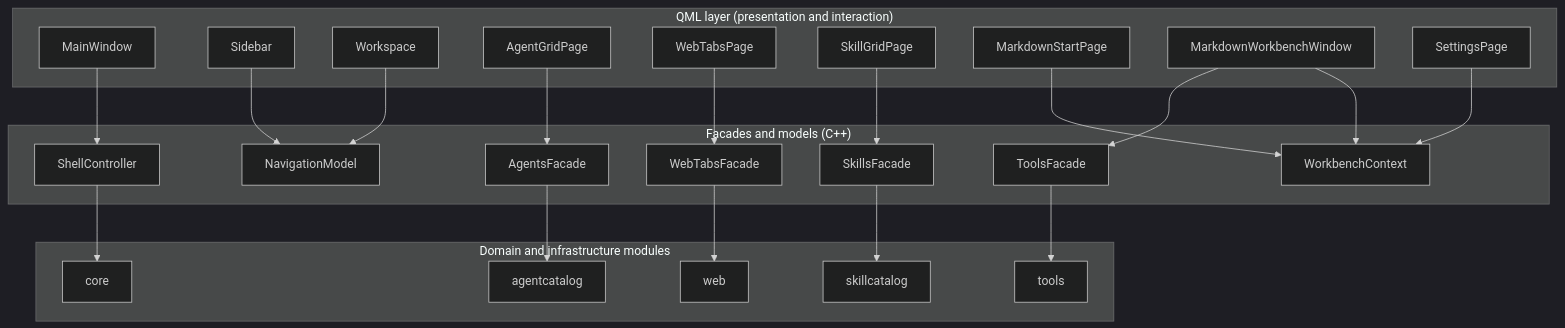
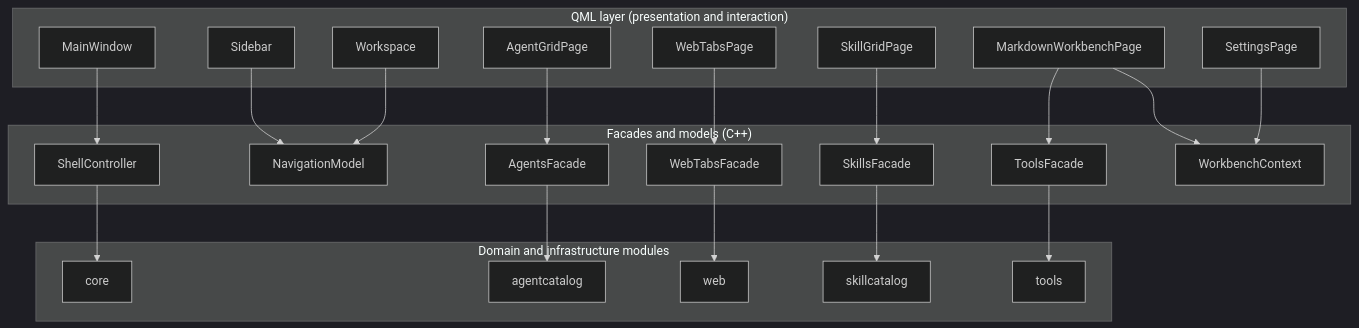
One commit to czyt1988/AgentWorkbench changed the first of 2 diagrams in docs/architecture/frontend-design.md. Above: the diagram before and after it, drawn with Mermaid (dark theme). The commit also changed other lines of this file and 31 other files, not shown here.

First line of the commit message:
docs: the workbench as a page - Agent Tools group, right panel, ribbon fix

````diff
--- a/docs/architecture/frontend-design.md
+++ b/docs/architecture/frontend-design.md
@@ -13,45 +13,43 @@
 ```mermaid
 flowchart TB
     subgraph qml["QML layer (presentation and interaction)"]
         MainWindow
         Sidebar
         Workspace
         AgentGridPage
         WebTabsPage
         SkillGridPage
-        MarkdownStartPage
-        MarkdownWorkbenchWindow
+        MarkdownWorkbenchPage
         SettingsPage
     end
     subgraph facade["Facades and models (C++)"]
         ShellController
         NavigationModel
         AgentsFacade
         WebTabsFacade
         SkillsFacade
         ToolsFacade
         WorkbenchContext
     end
     subgraph modules["Domain and infrastructure modules"]
         agentcatalog
         web
         skillcatalog
         tools
         core
     end
     MainWindow --> ShellController
     Sidebar --> NavigationModel
     Workspace --> NavigationModel
     AgentGridPage --> AgentsFacade
     WebTabsPage --> WebTabsFacade
     SkillGridPage --> SkillsFacade
-    MarkdownStartPage --> WorkbenchContext
-    MarkdownWorkbenchWindow --> ToolsFacade
-    MarkdownWorkbenchWindow --> WorkbenchContext
+    MarkdownWorkbenchPage --> ToolsFacade
+    MarkdownWorkbenchPage --> WorkbenchContext
     SettingsPage --> WorkbenchContext
     AgentsFacade --> agentcatalog
     WebTabsFacade --> web
     SkillsFacade --> skillcatalog
     ToolsFacade --> tools
     ShellController --> core
 ```
````
